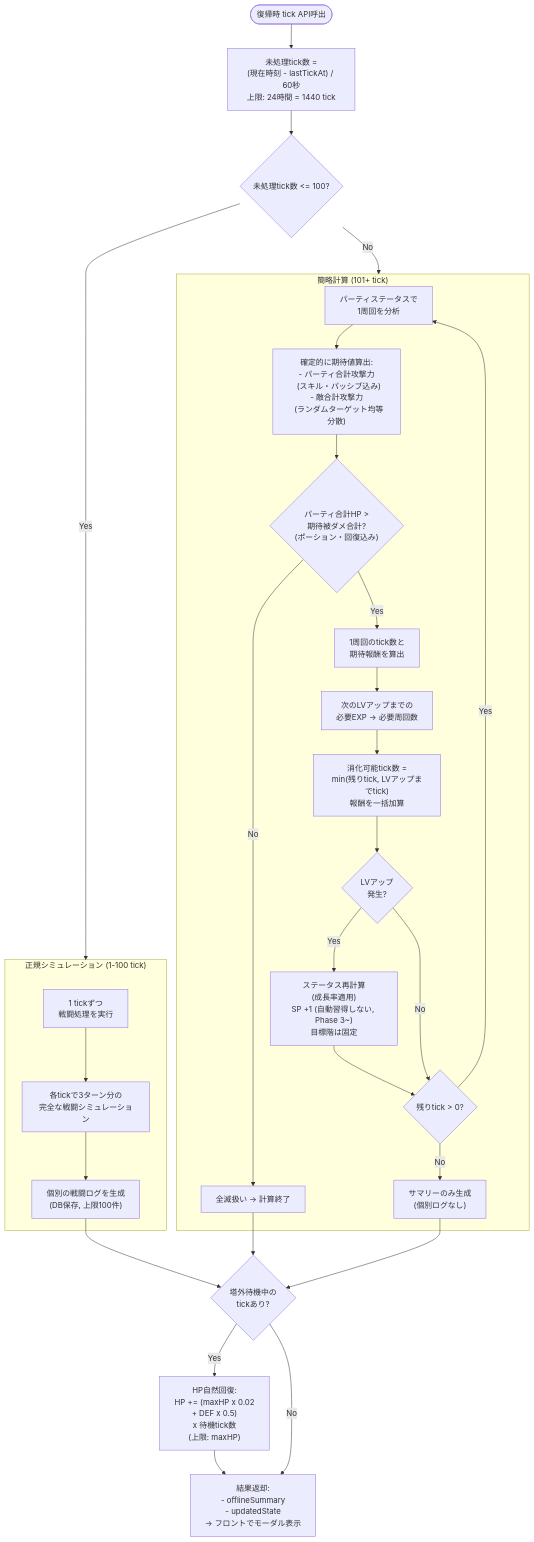
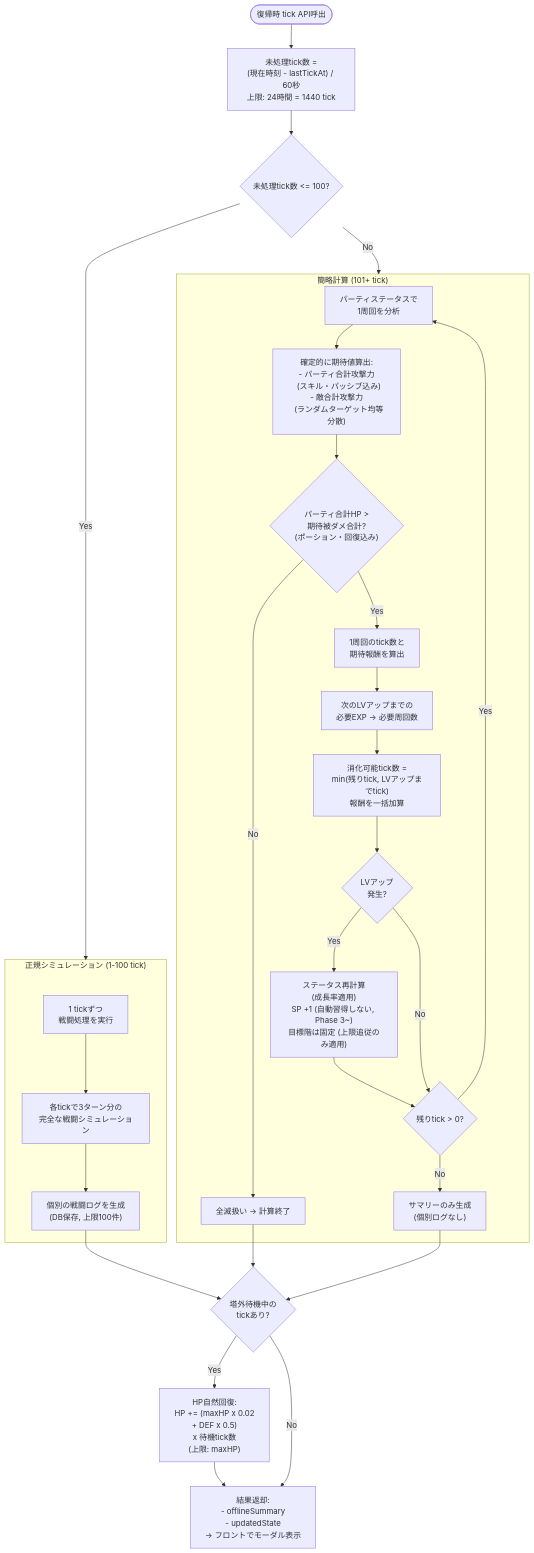
Before and after one commit to dateeee/2026_AFKGAME: the diagram in diagrams/battle_flow/offline.md, drawn with Mermaid. The commit also changed 30 other files, not shown here.

````diff
--- a/diagrams/battle_flow/offline.md
+++ b/diagrams/battle_flow/offline.md
@@ -7,42 +7,42 @@
 ```mermaid
 %%{init: {'theme': 'default', 'themeVariables': {'fontSize': '16px'}} }%%
 flowchart TD
     Start([復帰時 tick API呼出]) --> CalcPending["未処理tick数 =\n(現在時刻 - lastTickAt) / 60秒\n上限: 24時間 = 1440 tick"]
 
     CalcPending --> ThresholdCheck{"未処理tick数 <= 100?"}
 
     ThresholdCheck -->|Yes| NormalCalc
     ThresholdCheck -->|No| FastCalc
 
     subgraph NormalCalc["正規シミュレーション (1-100 tick)"]
         NormalStart["1 tickずつ\n戦闘処理を実行"]
         NormalStart --> NormalLoop["各tickで3ターン分の\n完全な戦闘シミュレーション"]
         NormalLoop --> NormalLog["個別の戦闘ログを生成\n(DB保存, 上限100件)"]
     end
 
     subgraph FastCalc["簡略計算 (101+ tick)"]
         FastStart["パーティステータスで\n1周回を分析"]
         FastStart --> ExpectedDmg["確定的に期待値算出:\n- パーティ合計攻撃力\n  (スキル・パッシブ込み)\n- 敵合計攻撃力\n  (ランダムターゲット均等分散)"]
         ExpectedDmg --> WipeJudge{"パーティ合計HP >\n期待被ダメ合計?\n(ポーション・回復込み)"}
         WipeJudge -->|No| FastWipe["全滅扱い → 計算終了"]
         WipeJudge -->|Yes| CalcCycle["1周回のtick数と\n期待報酬を算出"]
         CalcCycle --> CalcLvUp["次のLVアップまでの\n必要EXP → 必要周回数"]
         CalcLvUp --> BulkAdd["消化可能tick数 =\nmin(残りtick, LVアップまでtick)\n報酬を一括加算"]
         BulkAdd --> LvUpCheck{"LVアップ\n発生?"}
-        LvUpCheck -->|Yes| Recalc["ステータス再計算\n(成長率適用)\nSP +1 (自動習得しない, Phase 3~)\n目標階は固定"]
+        LvUpCheck -->|Yes| Recalc["ステータス再計算\n(成長率適用)\nSP +1 (自動習得しない, Phase 3~)\n目標階は固定 (上限追従のみ適用)"]
         LvUpCheck -->|No| MoreTicks{"残りtick > 0?"}
         Recalc --> MoreTicks
         MoreTicks -->|Yes| FastStart
         MoreTicks -->|No| FastEnd["サマリーのみ生成\n(個別ログなし)"]
     end
 
     NormalLog --> TowerIdle
     FastEnd --> TowerIdle
     FastWipe --> TowerIdle
 
     TowerIdle{"塔外待機中の\ntickあり?"}
     TowerIdle -->|Yes| NaturalHeal["HP自然回復:\nHP += (maxHP x 0.02\n+ DEF x 0.5)\nx 待機tick数\n(上限: maxHP)"]
     TowerIdle -->|No| Result
 
     NaturalHeal --> Result["結果返却:\n- offlineSummary\n- updatedState\n→ フロントでモーダル表示"]
 ```
````
